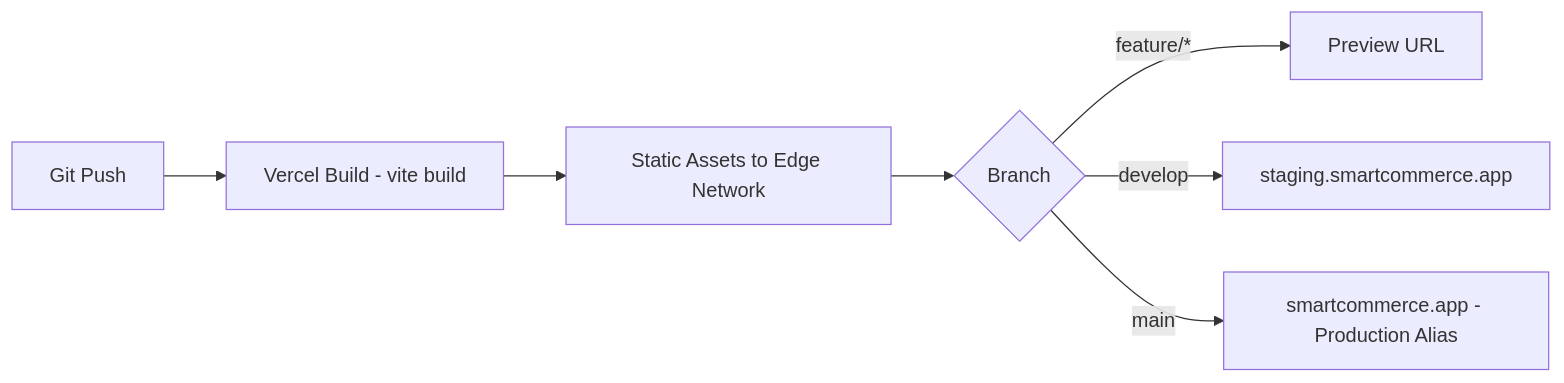
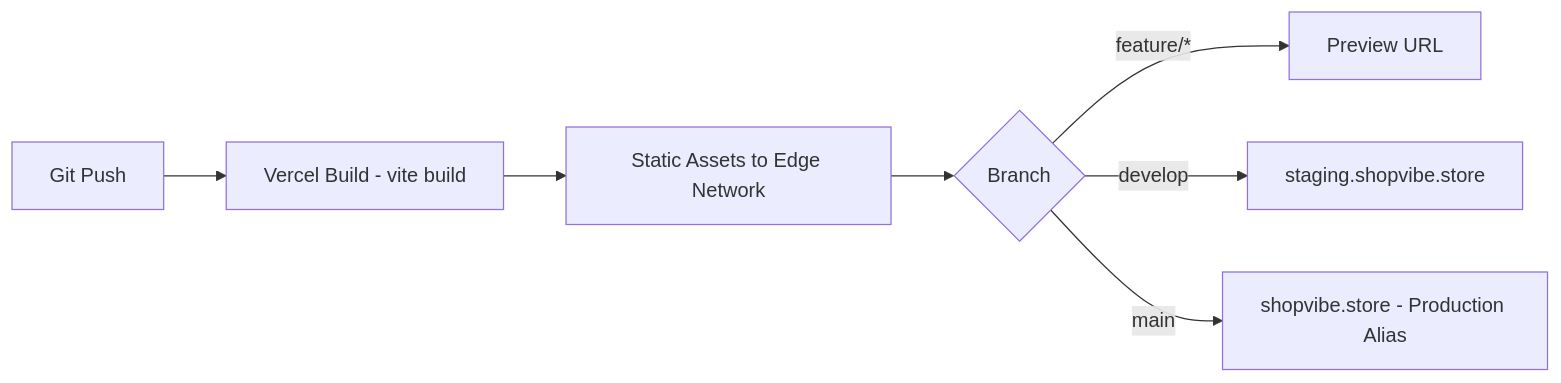
Before and after one commit to Jyotishkumar-dev/E-Commerce-Platform: the ninth of 20 diagrams in docs/docs/DevOps.md, drawn with Mermaid. The commit also changed other lines of this file and 6 other files, not shown here.

````diff
--- a/docs/docs/DevOps.md
+++ b/docs/docs/DevOps.md
@@ -755,9 +755,9 @@
 ```mermaid
 flowchart LR
     A[Git Push] --> B[Vercel Build - vite build]
     B --> C[Static Assets to Edge Network]
     C --> D{Branch}
     D -->|feature/*| E[Preview URL]
-    D -->|develop| F[staging.smartcommerce.app]
-    D -->|main| G[smartcommerce.app - Production Alias]
+    D -->|develop| F[staging.shopvibe.store]
+    D -->|main| G[shopvibe.store - Production Alias]
 ```
````
